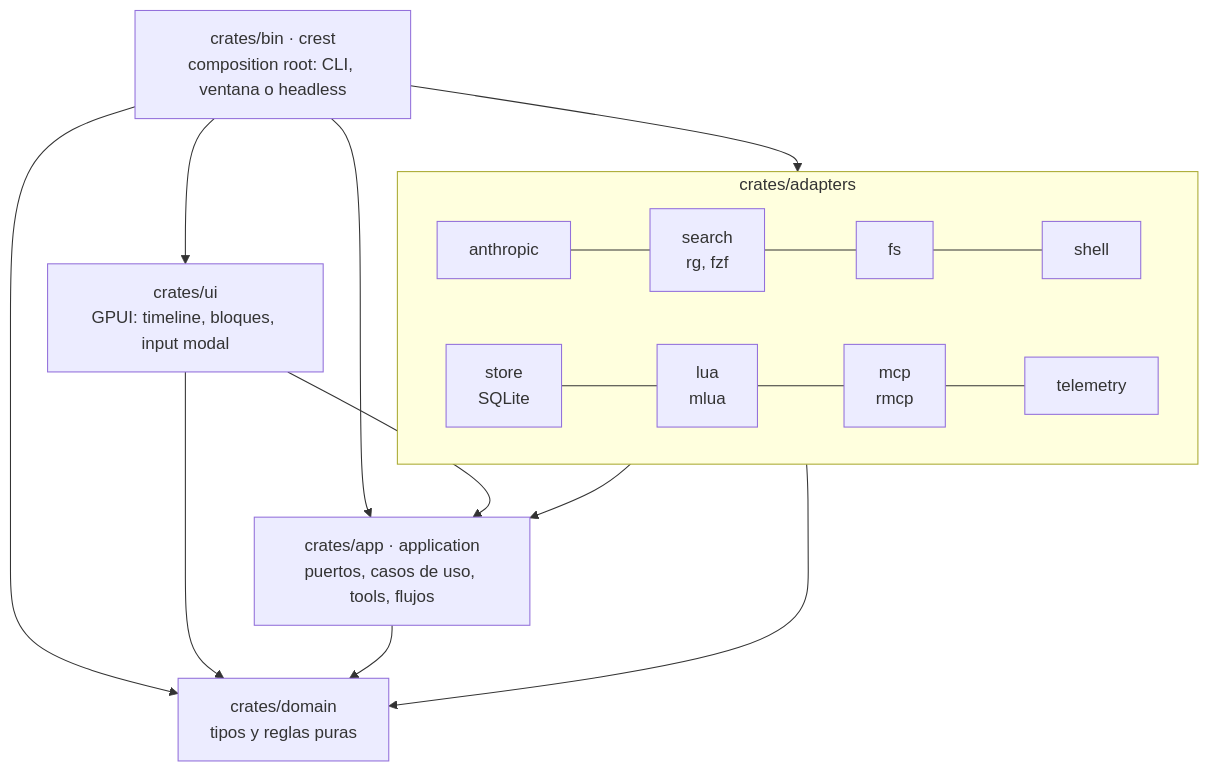
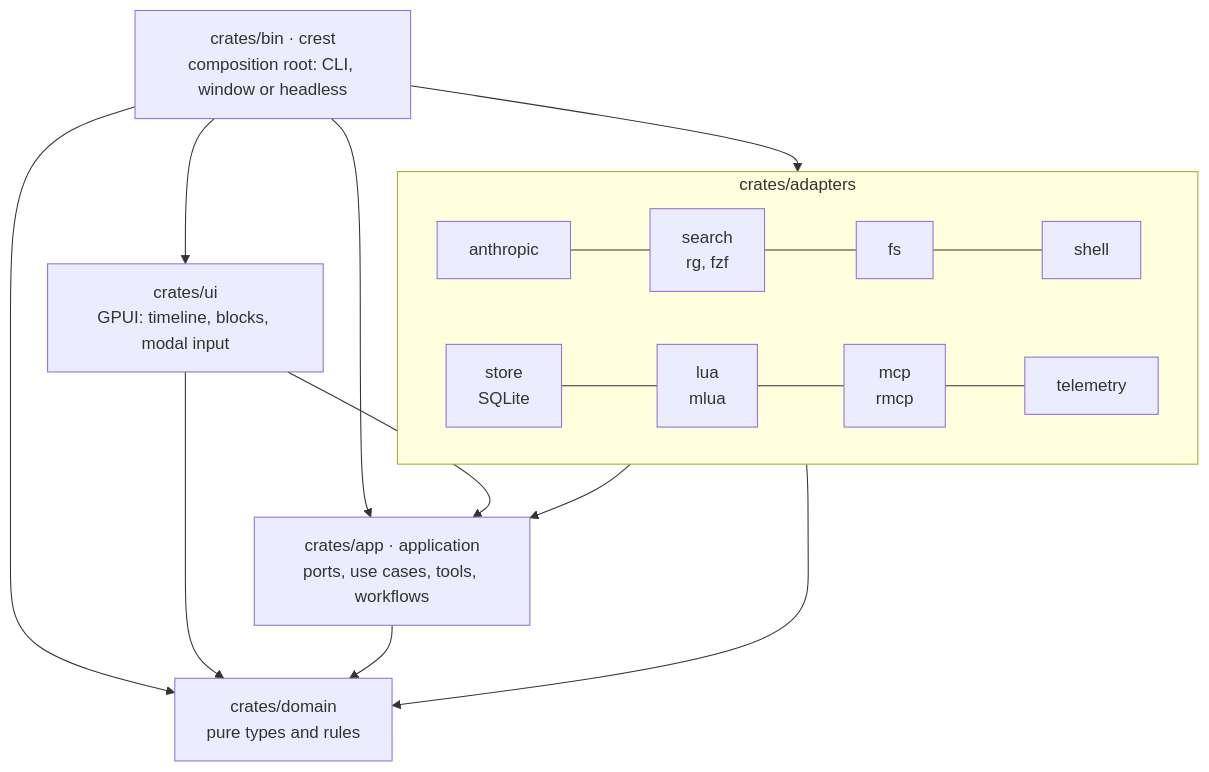
Before and after one commit to lazaroMB/crest: the diagram in README.md, drawn with Mermaid. The commit also changed other lines of this file and 2 other files, not shown here.

````diff
--- a/README.md
+++ b/README.md
@@ -120,16 +120,16 @@
 ```mermaid
 flowchart TB
-    bin["crates/bin · crest<br/>composition root: CLI, ventana o headless"]
-    ui["crates/ui<br/>GPUI: timeline, bloques, input modal"]
+    bin["crates/bin · crest<br/>composition root: CLI, window or headless"]
+    ui["crates/ui<br/>GPUI: timeline, blocks, modal input"]
     subgraph adapters["crates/adapters"]
         direction LR
         anthropic["anthropic"] --- search["search<br/>rg, fzf"] --- fs["fs"] --- shell["shell"]
         store["store<br/>SQLite"] --- lua["lua<br/>mlua"] --- mcp["mcp<br/>rmcp"] --- telemetry["telemetry"]
     end
-    app["crates/app · application<br/>puertos, casos de uso, tools, flujos"]
-    domain["crates/domain<br/>tipos y reglas puras"]
+    app["crates/app · application<br/>ports, use cases, tools, workflows"]
+    domain["crates/domain<br/>pure types and rules"]
     bin --> ui & adapters & app & domain
     ui --> app & domain
     adapters --> app & domain
     app --> domain
 ```
````
